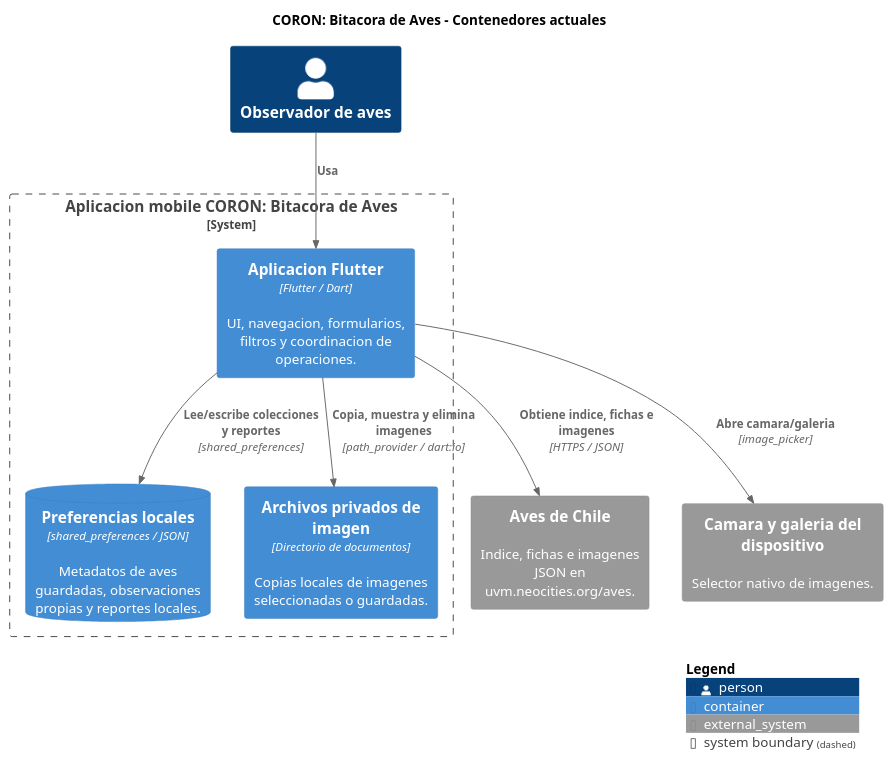
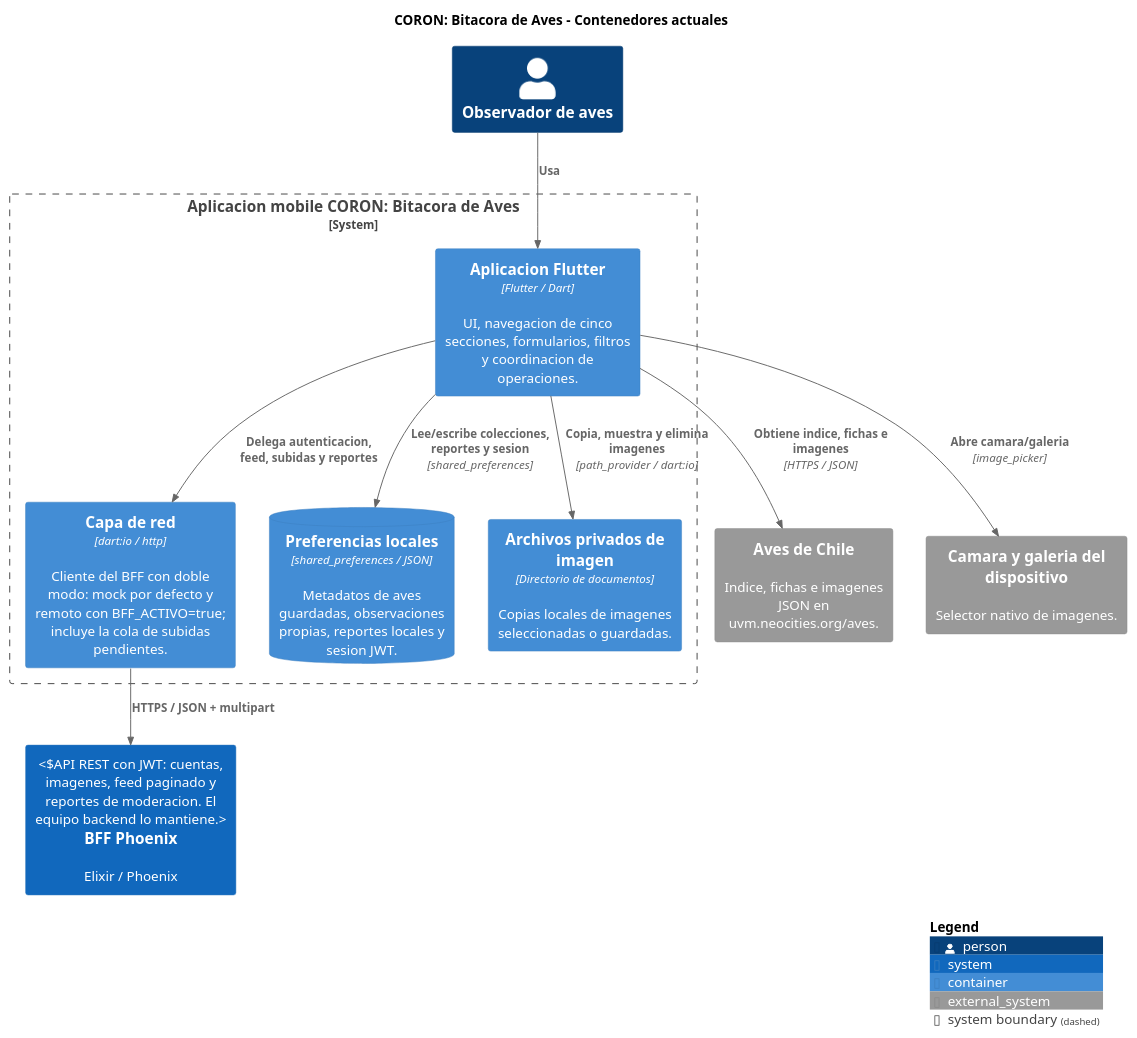
The diagram in mobile/docs/modules/ROOT/partials/mobile-c4-containers.puml (cinfuvm/2026_ProyectoAves), drawn with PlantUML before and after one commit. The commit also changed 12 other files, not shown here.

```diff
--- a/mobile/docs/modules/ROOT/partials/mobile-c4-containers.puml
+++ b/mobile/docs/modules/ROOT/partials/mobile-c4-containers.puml
@@ -1,23 +1,27 @@
 @startuml
 !includeurl https://raw.githubusercontent.com/plantuml-stdlib/C4-PlantUML/release/v2.12.0/C4_Container.puml
 
 title CORON: Bitacora de Aves - Contenedores actuales
 
 Person(usuario, "Observador de aves")
 System_Ext(aveschile, "Aves de Chile", "Indice, fichas e imagenes JSON en uvm.neocities.org/aves.")
 System_Ext(so, "Camara y galeria del dispositivo", "Selector nativo de imagenes.")
+System(bff, "BFF Phoenix", "Elixir / Phoenix", "API REST con JWT: cuentas, imagenes, feed paginado y reportes de moderacion. El equipo backend lo mantiene.")
 
 System_Boundary(mobile, "Aplicacion mobile CORON: Bitacora de Aves") {
-  Container(app, "Aplicacion Flutter", "Flutter / Dart", "UI, navegacion, formularios, filtros y coordinacion de operaciones.")
-  ContainerDb(preferencias, "Preferencias locales", "shared_preferences / JSON", "Metadatos de aves guardadas, observaciones propias y reportes locales.")
+  Container(app, "Aplicacion Flutter", "Flutter / Dart", "UI, navegacion de cinco secciones, formularios, filtros y coordinacion de operaciones.")
+  Container(red, "Capa de red", "dart:io / http", "Cliente del BFF con doble modo: mock por defecto y remoto con BFF_ACTIVO=true; incluye la cola de subidas pendientes.")
+  ContainerDb(preferencias, "Preferencias locales", "shared_preferences / JSON", "Metadatos de aves guardadas, observaciones propias, reportes locales y sesion JWT.")
   Container(archivos, "Archivos privados de imagen", "Directorio de documentos", "Copias locales de imagenes seleccionadas o guardadas.")
 }
 
 Rel(usuario, app, "Usa")
+Rel(app, red, "Delega autenticacion, feed, subidas y reportes")
+Rel(red, bff, "HTTPS / JSON + multipart")
 Rel(app, aveschile, "Obtiene indice, fichas e imagenes", "HTTPS / JSON")
 Rel(app, so, "Abre camara/galeria", "image_picker")
-Rel(app, preferencias, "Lee/escribe colecciones y reportes", "shared_preferences")
+Rel(app, preferencias, "Lee/escribe colecciones, reportes y sesion", "shared_preferences")
 Rel(app, archivos, "Copia, muestra y elimina imagenes", "path_provider / dart:io")
 
 SHOW_LEGEND()
 @enduml
```
